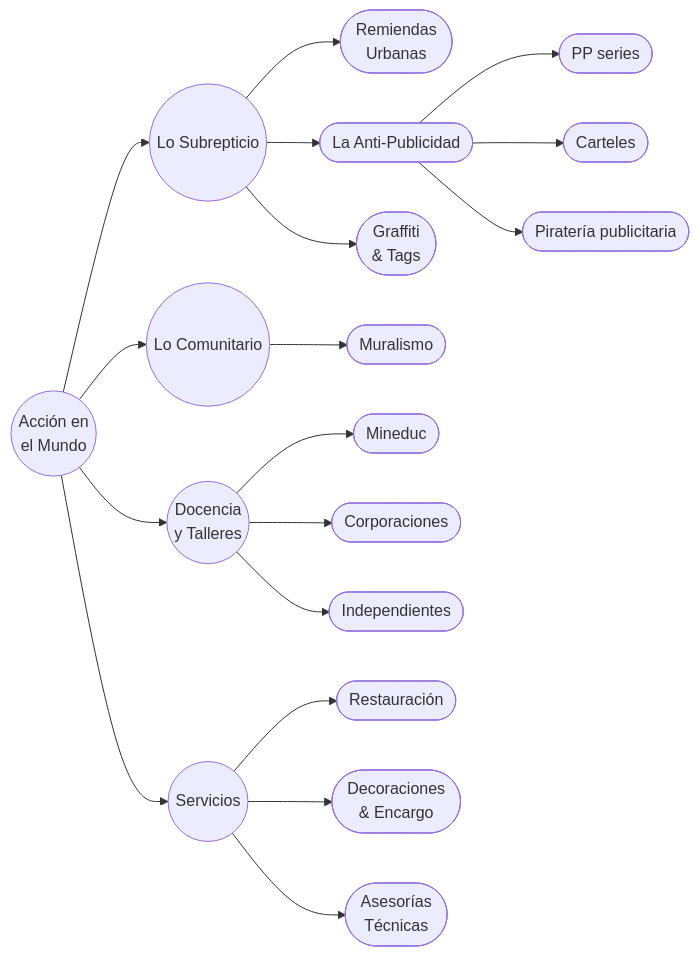
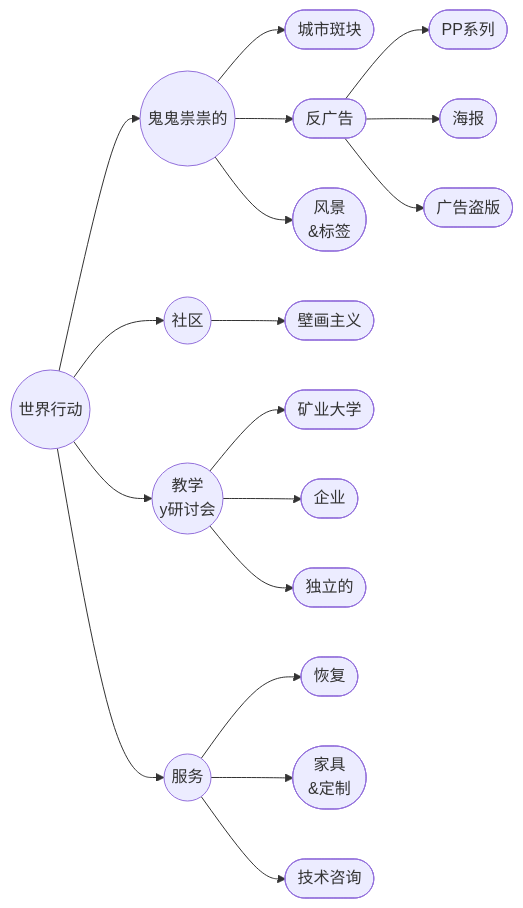
One commit to EGGS-Artesvisuales/EGGS-Artesvisuales.github.io changed the second of 3 diagrams in CHN/diagrama.md. Above: the diagram before and after it, drawn with Mermaid. The commit also changed other lines of this file and 43 other files, not shown here.

```diff
--- a/CHN/diagrama.md
+++ b/CHN/diagrama.md
@@ -144,49 +144,49 @@
 <div class="mermaid">
 graph LR
-  B((Acción en\nel Mundo)) --> B1((Lo Subrepticio))
-  B1 --> B1a([Remiendas\nUrbanas])
-  B1 --> B1b([La Anti-Publicidad])
-  B1 --> B1c([Graffiti\n& Tags])
+  B((世界行动)) --> B1((鬼鬼祟祟的))
+  B1 --> B1a([城市斑块])
+  B1 --> B1b([反广告])
+  B1 --> B1c([风景\n&标签])
 
-  %% HIJOS: La Anti-Publicidad (nuevos)
-  B1b --> B1b1([PP series])
-  B1b --> B1b2([Carteles])
-  B1b --> B1b3([Piratería publicitaria])
+  %% HIJOS: La Anti-Publicidad (新的)
+  B1b --> B1b1([PP系列])
+  B1b --> B1b2([海报])
+  B1b --> B1b3([广告盗版])
 
-  B --> B2((Lo Comunitario))
-  B2 --> B2a([Muralismo])
+  B --> B2((社区))
+  B2 --> B2a([壁画主义])
 
-  B --> B3((Docencia\ny Talleres))
-  B3 --> B3a([Mineduc])
-  B3 --> B3b([Corporaciones])
-  B3 --> B3c([Independientes])
+  B --> B3((教学\ny研讨会))
+  B3 --> B3a([矿业大学])
+  B3 --> B3b([企业])
+  B3 --> B3c([独立的])
 
-  B --> B4((Servicios))
-  B4 --> B4a([Restauración])
-  B4 --> B4b([Decoraciones\n& Encargo])
-  B4 --> B4c([Asesorías\nTécnicas])
+  B --> B4((服务))
+  B4 --> B4a([恢复])
+  B4 --> B4b([家具\n&定制])
+  B4 --> B4c([技术咨询])
 
-  %% Enlaces (existentes)
-  click B "accion.html" "Ir a Acción en el Mundo"
-  click B1 "subrepticio.html" "Ir a Lo Subrepticio"
-  click B1a "subrep-remiendas-urbanas.html" "Ir a Remiendas Urbanas"
-  click B1b "subrep-antipublicidad.html" "Ir a La Anti-Publicidad"
-  click B2 "comunitario.html" "Ir a Lo Comunitario"
-  click B3 "docencia.html" "Ir a Docencia y Talleres"
-  click B4 "servicios.html" "Ir a Servicios"
+  %% Enlaces (现存的)
+  click B "accion.html" "前往世界各地行动"
+  click B1 "subrepticio.html" "前往隐秘之地"
+  click B1a "subrep-remiendas-urbanas.html" "前往城市补丁"
+  click B1b "subrep-antipublicidad.html" "前往反广告"
+  click B2 "comunitario.html" "前往社区"
+  click B3 "docencia.html" "前往教学和研讨会"
+  click B4 "servicios.html" "前往服务"
 
   %% Enlaces (no existentes aún -> en construcción)
-  click B1c "subrep-graffiti.html" "Ir a Graffiti y Tags"
-  click B2a "en-construccion.html" "En construcción"
-  click B3a "en-construccion.html" "En construcción"
-  click B3b "en-construccion.html" "En construcción"
-  click B3c "en-construccion.html" "En construcción"
-  click B4a "en-construccion.html" "En construcción"
-  click B4b "en-construccion.html" "En construcción"
-  click B4c "en-construccion.html" "En construcción"
+  click B1c "subrep-graffiti.html" "转到涂鸦和标签"
+  click B2a "en-construccion.html" "建设中"
+  click B3a "en-construccion.html" "建设中"
+  click B3b "en-construccion.html" "建设中"
+  click B3c "en-construccion.html" "建设中"
+  click B4a "en-construccion.html" "建设中"
+  click B4b "en-construccion.html" "建设中"
+  click B4c "en-construccion.html" "建设中"
 
   %% Enlaces (nuevos hijos -> en construcción)
-  click B1b1 "en-construccion.html" "En construcción"
-  click B1b2 "en-construccion.html" "En construcción"
-  click B1b3 "en-construccion.html" "En construcción"
+  click B1b1 "en-construccion.html" "建设中"
+  click B1b2 "en-construccion.html" "建设中"
+  click B1b3 "en-construccion.html" "建设中"
 </div>
```
